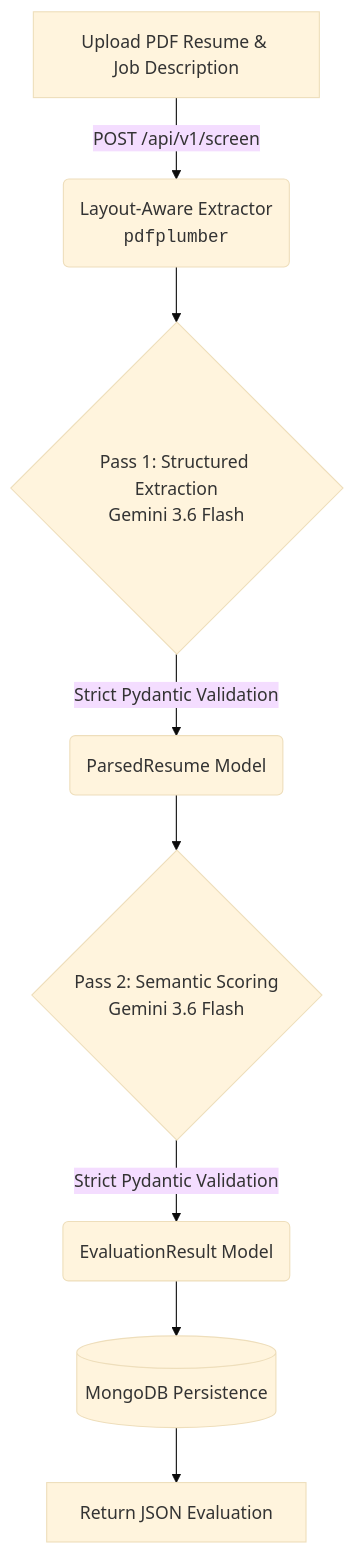
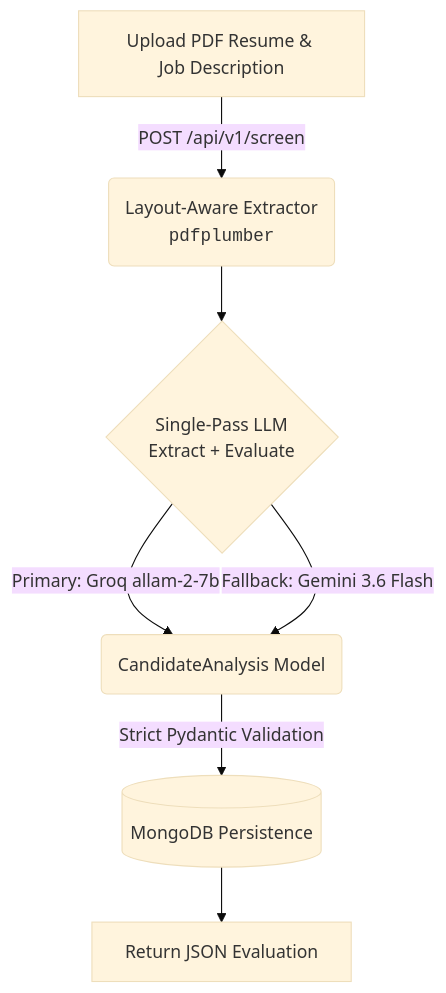
Before and after one commit to Devananditha/Smart-Resume-Scanner: the diagram in README.md, drawn with Mermaid (base theme). The commit also changed other lines of this file, not shown here.

````diff
--- a/README.md
+++ b/README.md
@@ -13,10 +27,9 @@
 ```mermaid
 graph TD
-    A[Upload PDF Resume & Job Description] -->|POST /api/v1/screen| B(Layout-Aware Extractor<br/><code>pdfplumber</code>)
-    B --> C{Pass 1: Structured Extraction<br/>Gemini 3.6 Flash}
-    C -->|Strict Pydantic Validation| D(ParsedResume Model)
-    D --> E{Pass 2: Semantic Scoring<br/>Gemini 3.6 Flash}
-    E -->|Strict Pydantic Validation| F(EvaluationResult Model)
-    F --> G[(MongoDB Persistence)]
-    G --> H[Return JSON Evaluation]
+    A[Upload PDF Resume & Job Description] -->|POST /api/v1/screen| B(Layout-Aware Extractor<br><code>pdfplumber</code>)
+    B --> C{Single-Pass LLM<br>Extract + Evaluate}
+    C -->|Primary: Groq allam-2-7b| D(CandidateAnalysis Model)
+    C -->|Fallback: Gemini 3.6 Flash| D
+    D -->|Strict Pydantic Validation| E[(MongoDB Persistence)]
+    E --> F[Return JSON Evaluation]
 ```
````
